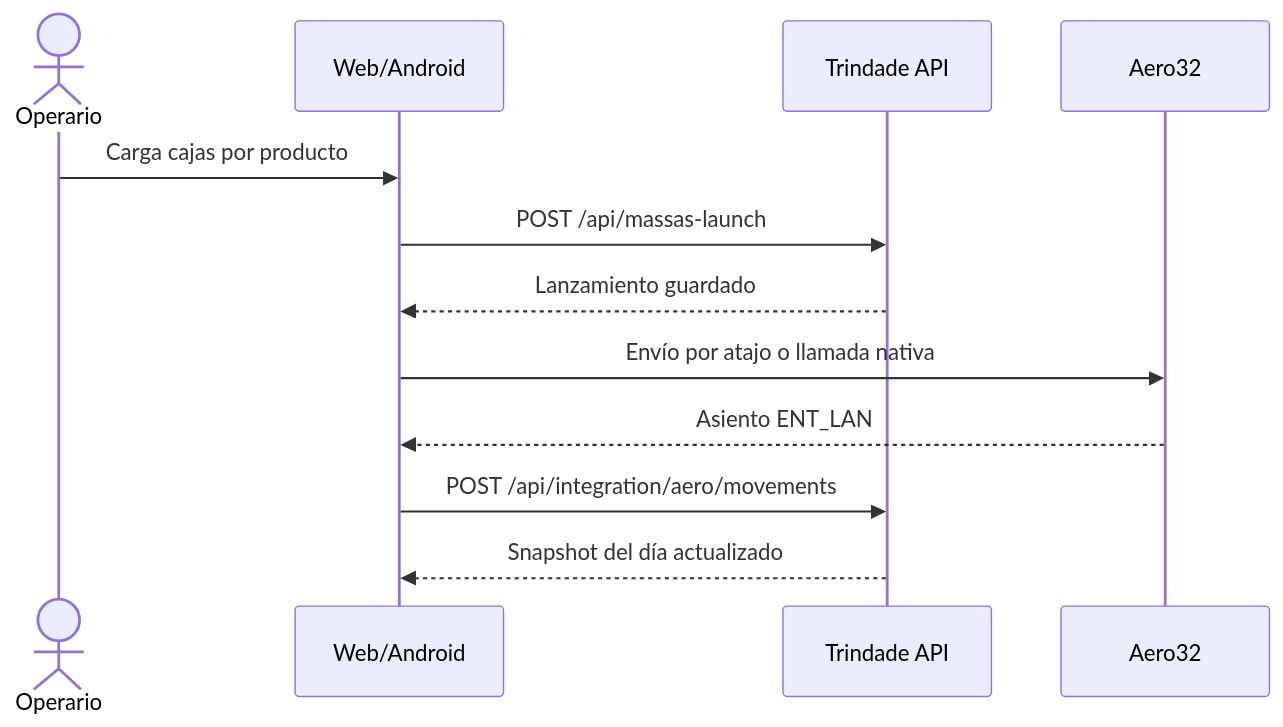
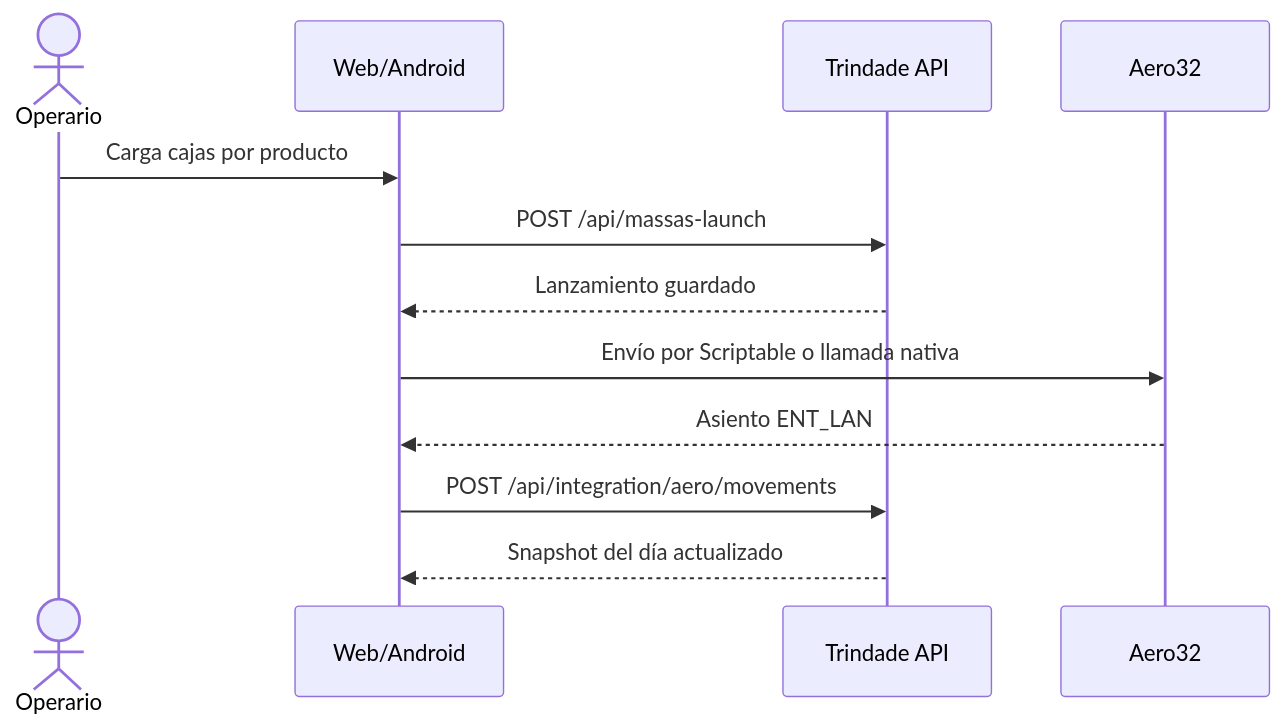
The second of 3 diagrams in docs/arquitectura.md (wilkin-barban/Trindade), drawn with Mermaid before and after one commit. The commit also changed other lines of this file and 6 other files, not shown here.

````diff
--- a/docs/arquitectura.md
+++ b/docs/arquitectura.md
@@ -199,14 +199,14 @@
 ```mermaid
 sequenceDiagram
     actor Operario
     participant UI as Web/Android
     participant API as Trindade API
     participant ERP as Aero32
     Operario->>UI: Carga cajas por producto
     UI->>API: POST /api/massas-launch
     API-->>UI: Lanzamiento guardado
-    UI->>ERP: Envío por atajo o llamada nativa
+    UI->>ERP: Envío por Scriptable o llamada nativa
     ERP-->>UI: Asiento ENT_LAN
     UI->>API: POST /api/integration/aero/movements
     API-->>UI: Snapshot del día actualizado
 ```
````
